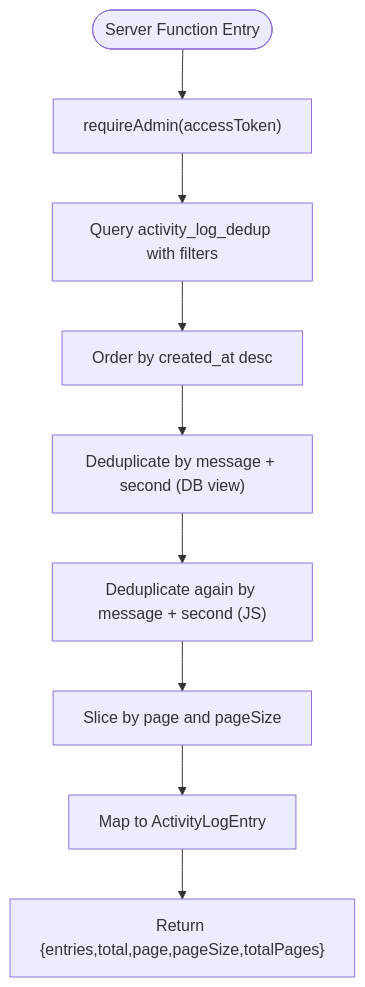
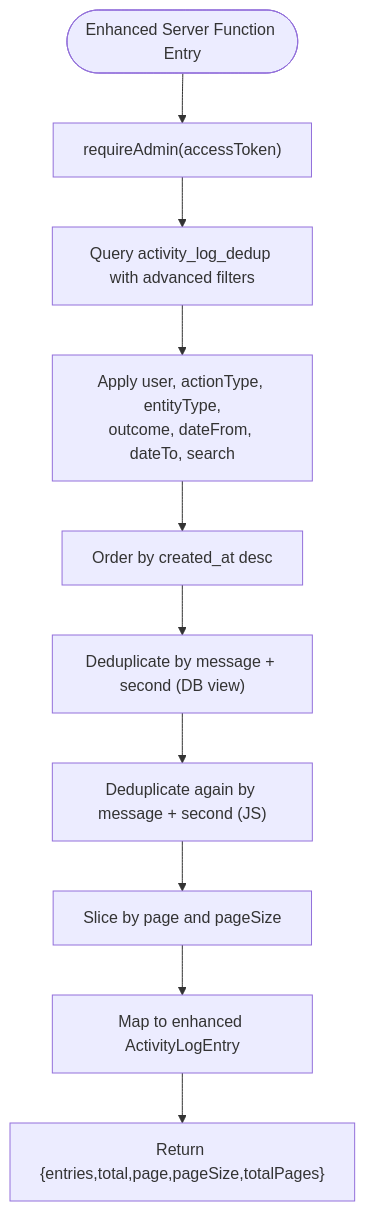
One commit to gastaldellomarco/pcReady changed the fourth of 12 diagrams in .qoder/repowiki/en/content/Administrative Features/Audit Logging System.md. Above: the diagram before and after it, drawn with Mermaid. The commit also changed other lines of this file and 4 other files, not shown here.

````diff
--- a/.qoder/repowiki/en/content/Administrative Features/Audit Logging System.md
+++ b/.qoder/repowiki/en/content/Administrative Features/Audit Logging System.md
@@ -196,11 +252,12 @@
 ```mermaid
 flowchart TD
-Start(["Server Function Entry"]) --> Require["requireAdmin(accessToken)"]
-Require --> Query["Query activity_log_dedup with filters"]
-Query --> Order["Order by created_at desc"]
+Start(["Enhanced Server Function Entry"]) --> Require["requireAdmin(accessToken)"]
+Require --> Query["Query activity_log_dedup with advanced filters"]
+Query --> AdvancedFilter["Apply user, actionType, entityType,<br/>outcome, dateFrom, dateTo, search"]
+AdvancedFilter --> Order["Order by created_at desc"]
 Order --> DedupDB["Deduplicate by message + second (DB view)"]
 DedupDB --> DedupJS["Deduplicate again by message + second (JS)"]
 DedupJS --> Paginate["Slice by page and pageSize"]
-Paginate --> Map["Map to ActivityLogEntry"]
+Paginate --> Map["Map to enhanced ActivityLogEntry"]
 Map --> Return["Return {entries,total,page,pageSize,totalPages}"]
 ```
````
